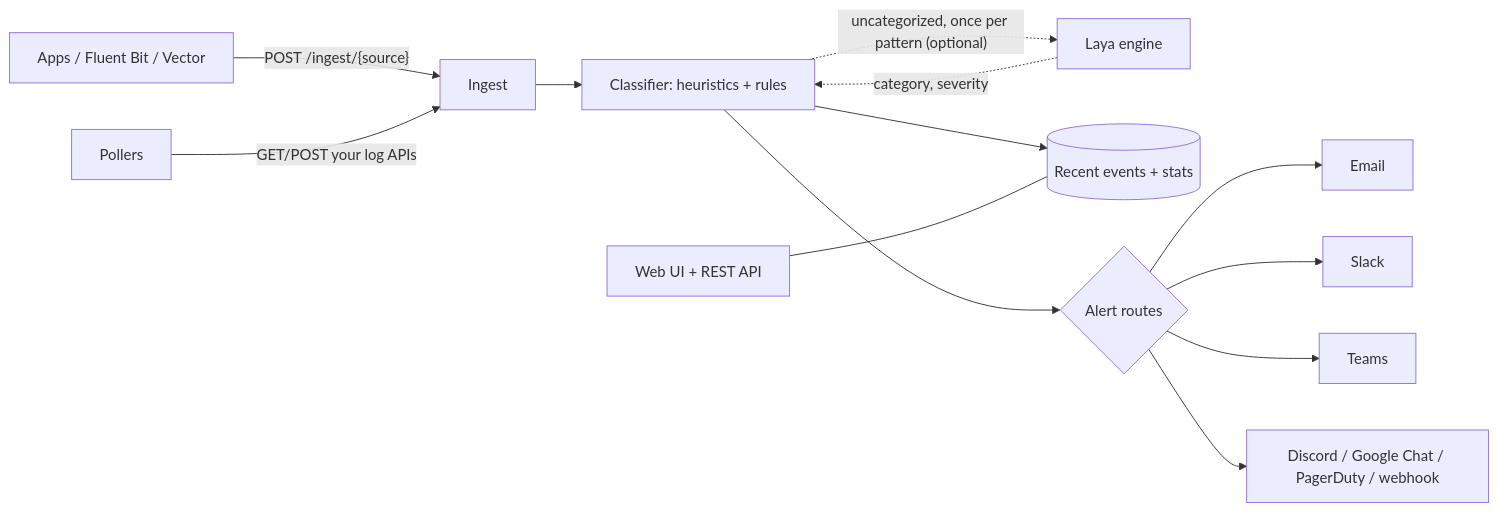
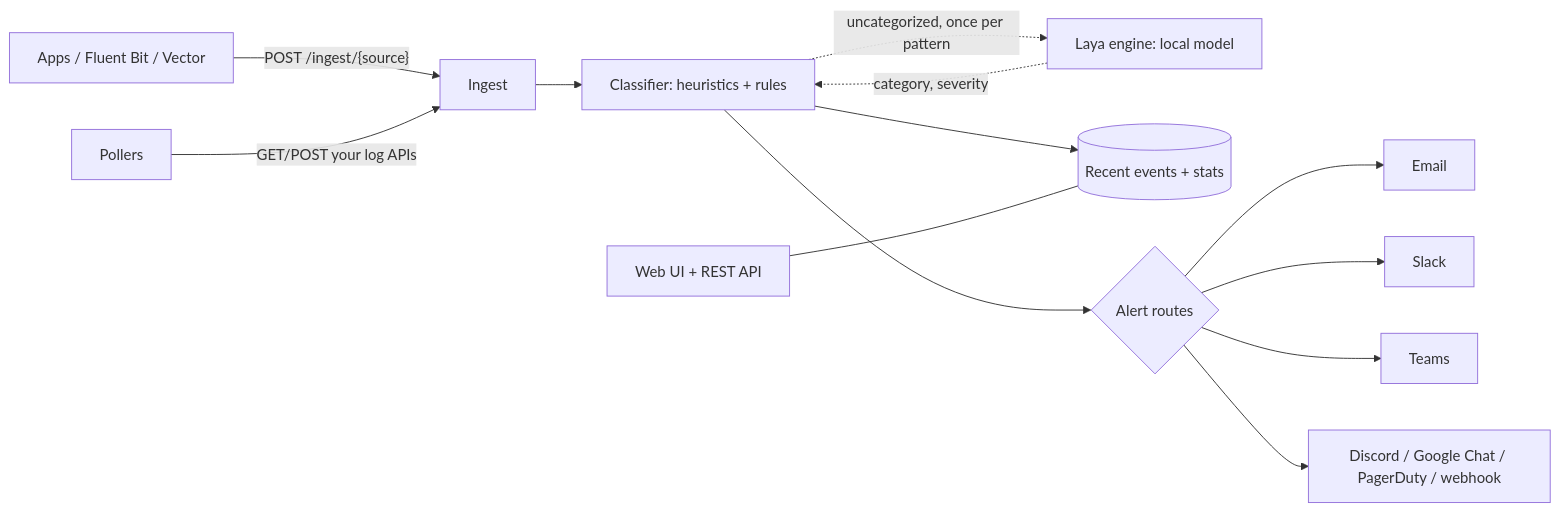
Before and after one commit to vipinmohan22/lissandra: the diagram in README.md, drawn with Mermaid. The commit also changed other lines of this file and 25 other files, not shown here.

````diff
--- a/README.md
+++ b/README.md
@@ -11,15 +12,15 @@
 ```mermaid
 flowchart LR
   A[Apps / Fluent Bit / Vector] -- "POST /ingest/{source}" --> I[Ingest]
   P[Pollers] -- "GET/POST your log APIs" --> I
   I --> C[Classifier: heuristics + rules]
-  C -. "uncategorized, once per pattern (optional)" .-> E[Laya engine]
+  C -. "uncategorized, once per pattern" .-> E[Laya engine: local model]
   E -. "category, severity" .-> C
   C --> S[(Recent events + stats)]
   C --> R{Alert routes}
   R --> N1[Email]
   R --> N2[Slack]
   R --> N3[Teams]
   R --> N4[Discord / Google Chat / PagerDuty / webhook]
   UI[Web UI + REST API] --- S
 ```
````
